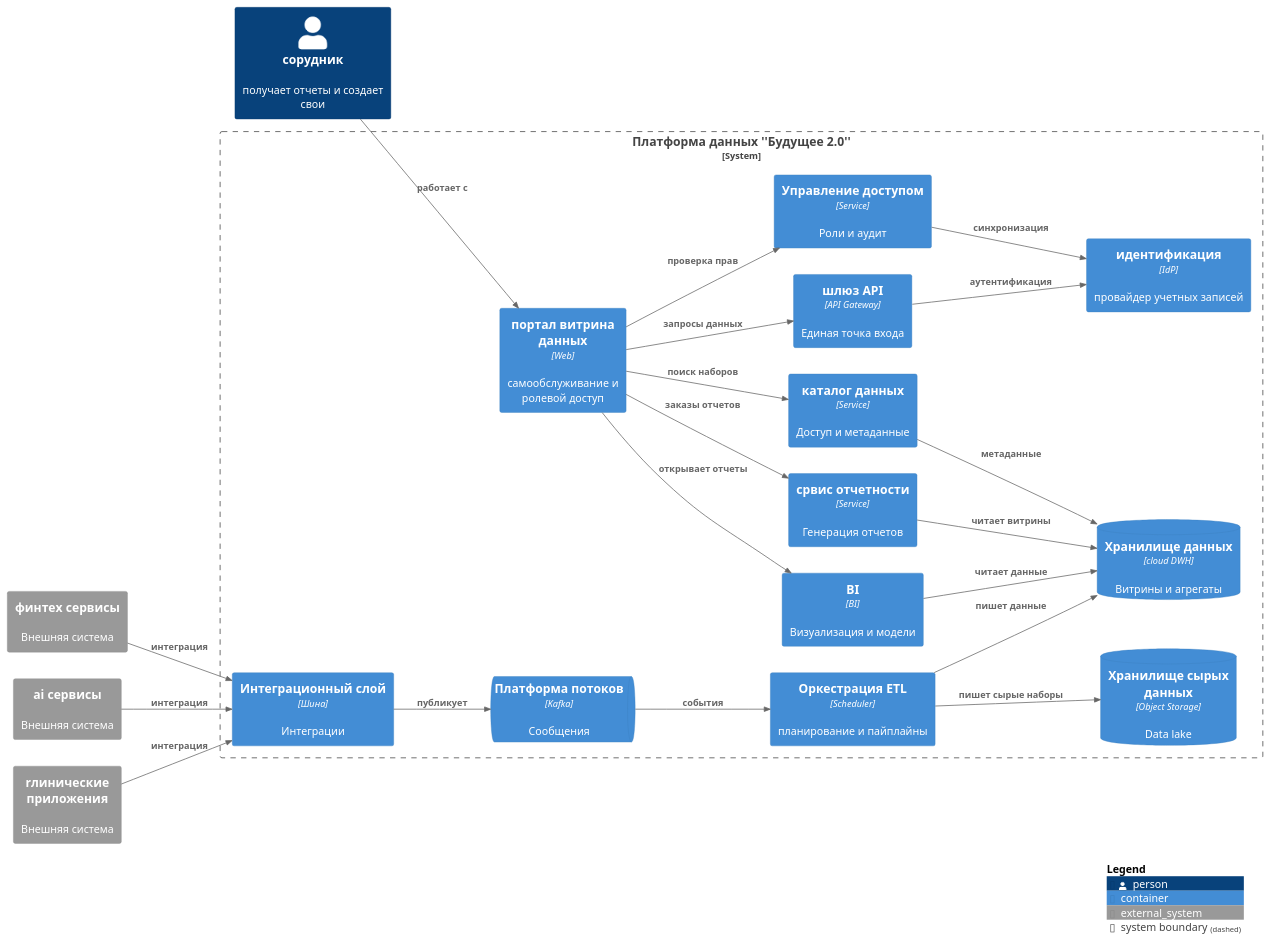
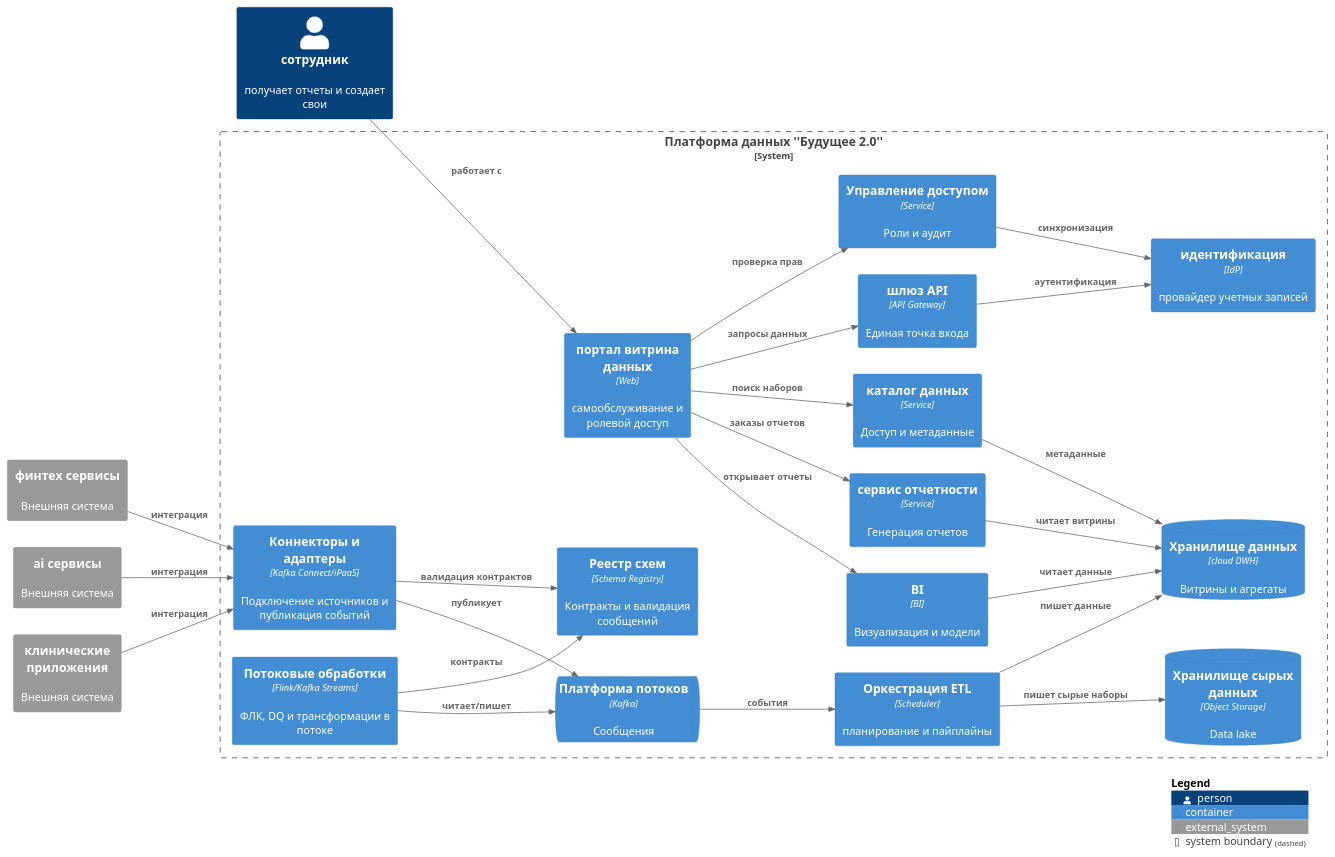
The diagram in Task1/containers.puml (archibk33/architecture-future_2_0), drawn with PlantUML before and after one commit. The commit also changed 3 other files, not shown here.

Commit message:
Task 1 : Правки описания по ESB шине и С4 схемы

```diff
--- a/Task1/containers.puml
+++ b/Task1/containers.puml
@@ -1,47 +1,52 @@
 @startuml C4_Container
 !includeurl https://raw.githubusercontent.com/plantuml-stdlib/C4-PlantUML/master/C4_Container.puml
 
 LAYOUT_LEFT_RIGHT()
 
-Person(employee, "сорудник", "получает отчеты и создает свои")
+Person(employee, "сотрудник", "получает отчеты и создает свои")
 
 System_Boundary(sys, "Платформа данных ''Будущее 2.0''") {
 	Container(portal, "портал витрина данных", "Web", "самообслуживание и ролевой доступ")
 	Container(gateway, "шлюз API", "API Gateway", "Единая точка входа")
-	Container(reporting, "срвис отчетности", "Service", "Генерация отчетов")
+	Container(reporting, "сервис отчетности", "Service", "Генерация отчетов")
 	Container(catalog, "каталог данных", "Service", "Доступ и метаданные")
 	Container(access, "Управление доступом", "Service", "Роли и аудит")
 	ContainerDb(dwh, "Хранилище данных", "сloud DWH", "Витрины и агрегаты")
 	ContainerDb(datalake, "Хранилище сырых данных", "Object Storage", "Data lake")
 	Container(orchestrator, "Оркестрация ETL", "Scheduler", "планирование и пайплайны")
 	ContainerQueue(streams, "Платформа потоков", "Kafka", "Сообщения")
 	Container(bi, "BI", "BI", "Визуализация и модели")
 	Container(idp, "идентификация", "IdP", "провайдер учетных записей")
-	Container(integration, "Интеграционный слой", "Шина", "Интеграции")
+	Container(connect, "Коннекторы и адаптеры", "Kafka Connect/iPaaS", "Подключение источников и публикация событий")
+	Container(streamproc, "Потоковые обработки", "Flink/Kafka Streams", "ФЛК, DQ и трансформации в потоке")
+	Container(registry, "Реестр схем", "Schema Registry", "Контракты и валидация сообщений")
 }
 
 System_Ext(fintech, "финтех сервисы", "Внешняя система")
 System_Ext(ai, "ai сервисы", "Внешняя система")
-System_Ext(clinics, "rлинические приложения", "Внешняя система")
+System_Ext(clinics, "клинические приложения", "Внешняя система")
 
 Rel(employee, portal, "работает с")
 Rel(portal, gateway, "запросы данных")
 Rel(portal, access, "проверка прав")
 Rel(portal, reporting, "заказы отчетов")
 Rel(portal, catalog, "поиск наборов")
 Rel(portal, bi, "открывает отчеты")
 Rel(gateway, idp, "аутентификация")
 Rel(reporting, dwh, "читает витрины")
 Rel(bi, dwh, "читает данные")
 Rel(orchestrator, dwh, "пишет данные")
 Rel(orchestrator, datalake, "пишет сырые наборы")
 Rel(streams, orchestrator, "события")
-Rel(integration, streams, "публикует")
-Rel(fintech, integration, "интеграция")
-Rel(ai, integration, "интеграция")
-Rel(clinics, integration, "интеграция")
+Rel(connect, streams, "публикует")
+Rel(streamproc, streams, "читает/пишет")
+Rel(connect, registry, "валидация контрактов")
+Rel(streamproc, registry, "контракты")
+Rel(fintech, connect, "интеграция")
+Rel(ai, connect, "интеграция")
+Rel(clinics, connect, "интеграция")
 Rel(catalog, dwh, "метаданные")
 Rel(access, idp, "синхронизация")
 
 SHOW_LEGEND()
 @enduml
```
